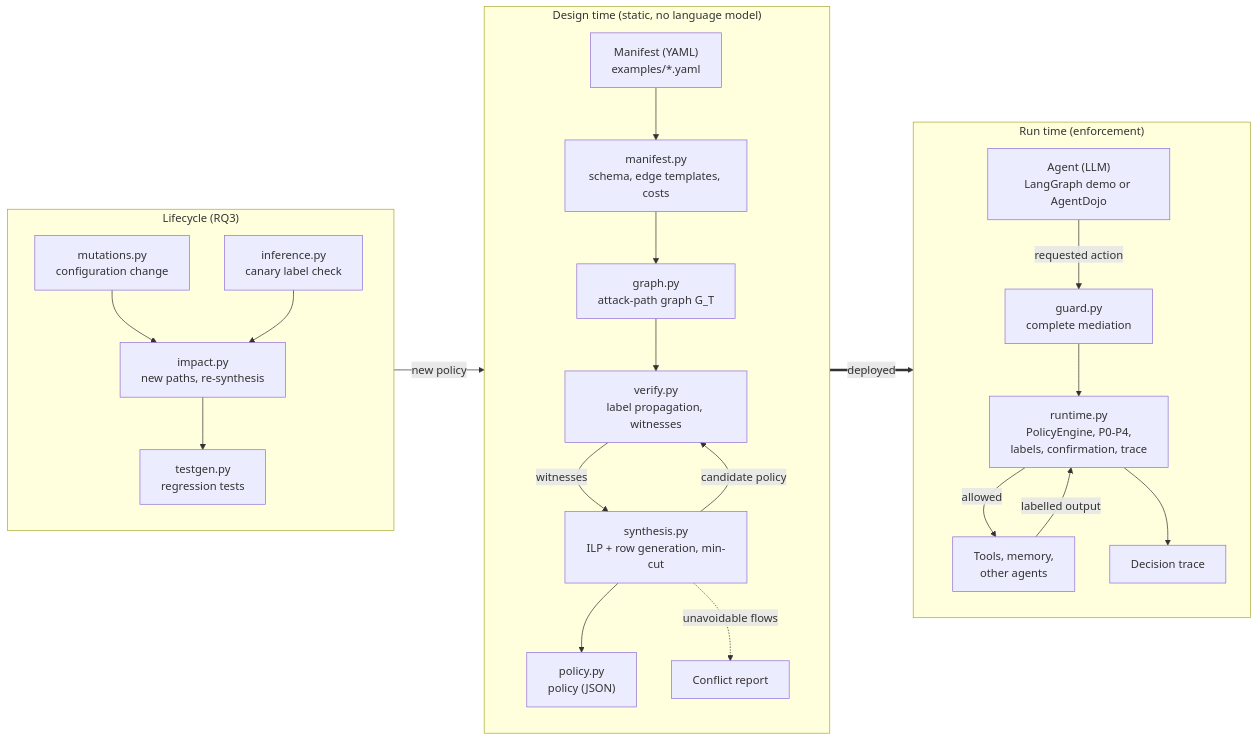
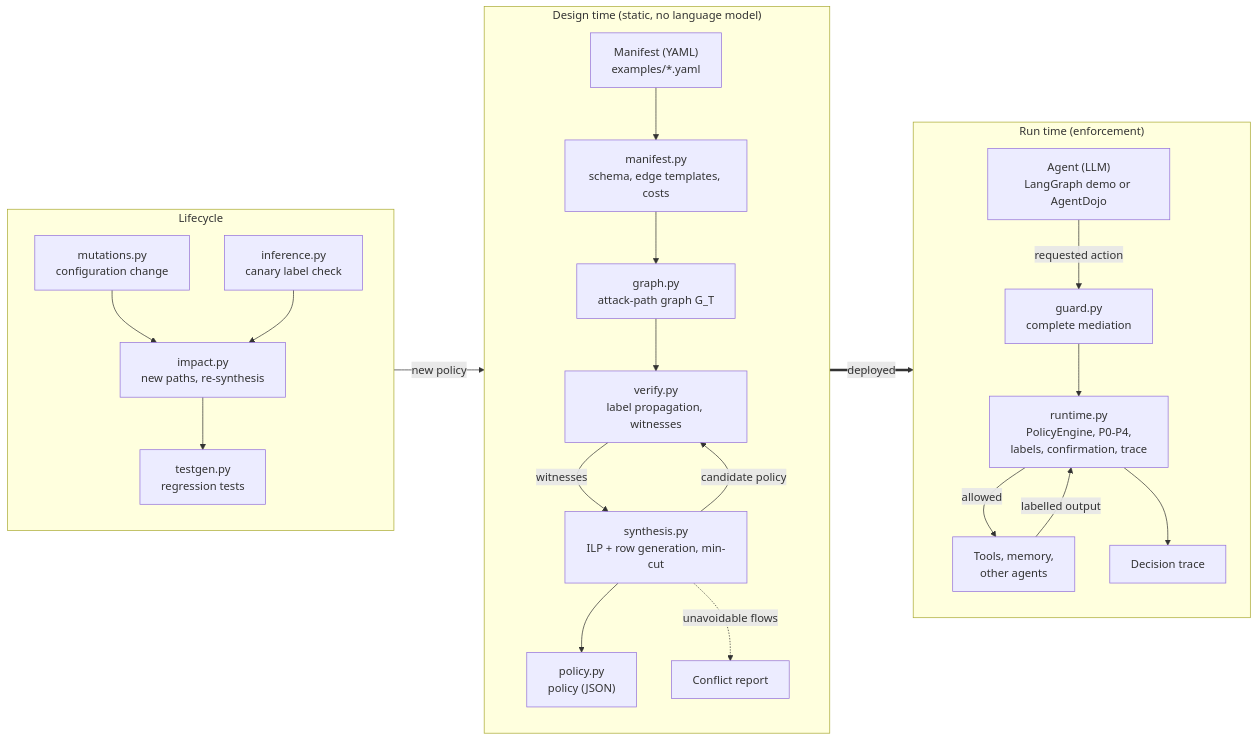
Before and after one commit to luc-isengwe/amps: the first of 4 diagrams in docs/ARCHITECTURE.md, drawn with Mermaid. The commit also changed other lines of this file and 20 other files, not shown here.

````diff
--- a/docs/ARCHITECTURE.md
+++ b/docs/ARCHITECTURE.md
@@ -20,32 +20,32 @@
 ```mermaid
 flowchart LR
     subgraph DT["Design time (static, no language model)"]
         direction TB
         M["Manifest (YAML)<br/>examples/*.yaml"] --> MAN["manifest.py<br/>schema, edge templates, costs"]
         MAN --> GR["graph.py<br/>attack-path graph G_T"]
         GR --> VE["verify.py<br/>label propagation, witnesses"]
         VE -- "witnesses" --> SY["synthesis.py<br/>ILP + row generation, min-cut"]
         SY -- "candidate policy" --> VE
         SY --> PO["policy.py<br/>policy (JSON)"]
         SY -. "unavoidable flows" .-> CF["Conflict report"]
     end
 
     subgraph RT["Run time (enforcement)"]
         direction TB
         AG["Agent (LLM)<br/>LangGraph demo or AgentDojo"] -- "requested action" --> GU["guard.py<br/>complete mediation"]
         GU --> EN["runtime.py<br/>PolicyEngine, P0-P4,<br/>labels, confirmation, trace"]
         EN -- "allowed" --> TO["Tools, memory,<br/>other agents"]
         TO -- "labelled output" --> EN
         EN --> TR["Decision trace"]
     end
 
-    subgraph LC["Lifecycle (RQ3)"]
+    subgraph LC["Lifecycle"]
         direction TB
         MU["mutations.py<br/>configuration change"] --> IM["impact.py<br/>new paths, re-synthesis"]
         IM --> TG["testgen.py<br/>regression tests"]
         IN["inference.py<br/>canary label check"] --> IM
     end
 
     PO == "deployed" ==> EN
     IM -- "new policy" --> PO
 ```
````
